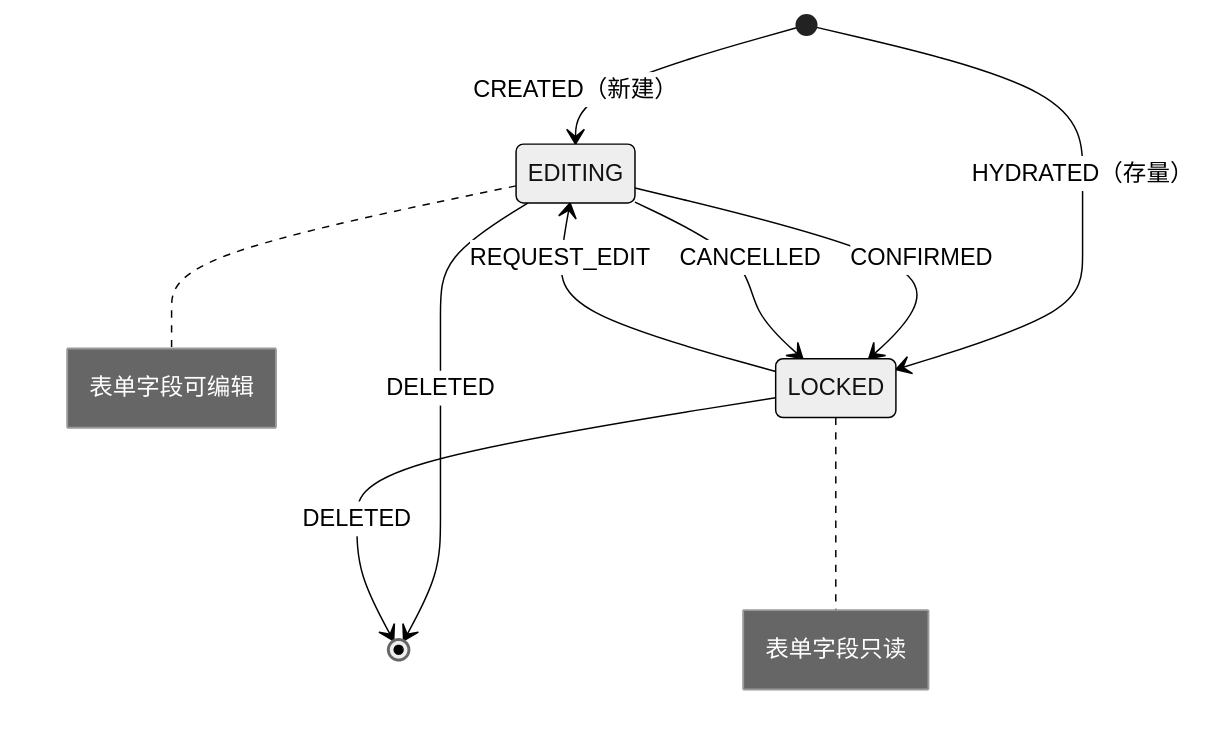
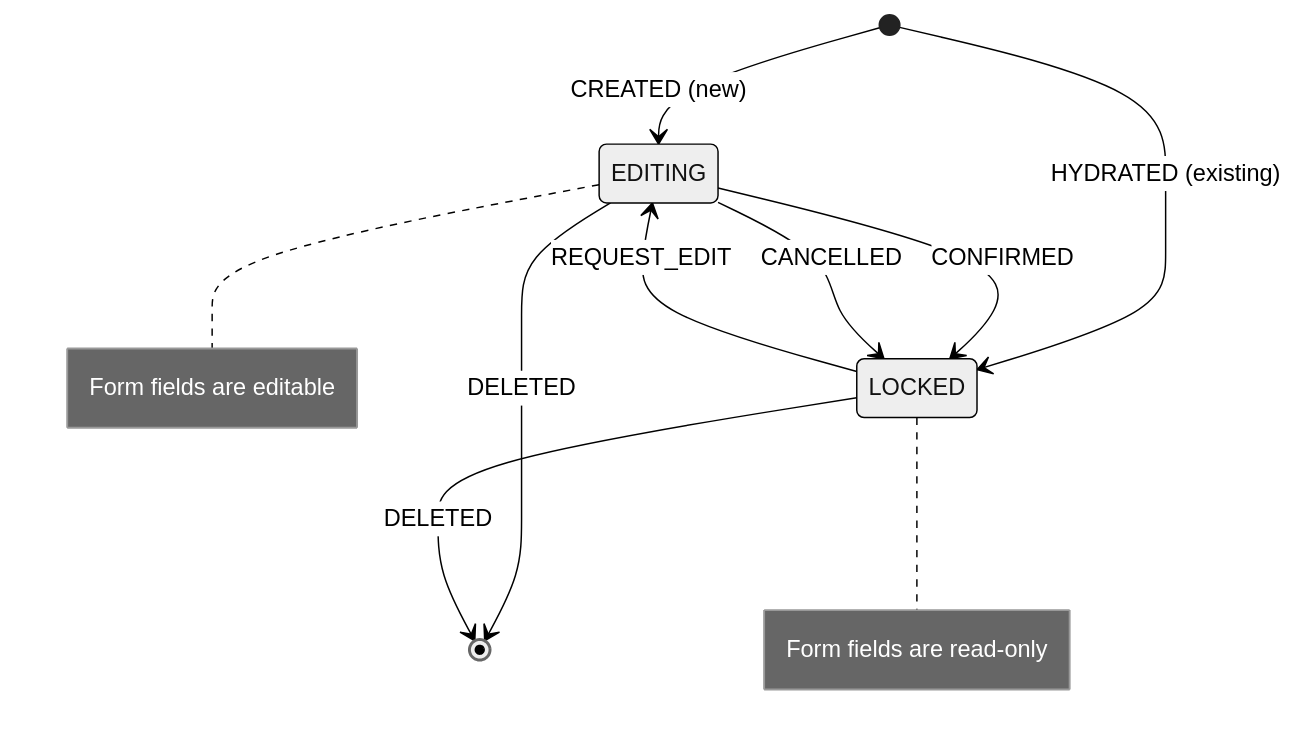
One commit to huang-xiao-jian/themis changed the second of 4 diagrams in specs/core/application.md. Above: the diagram before and after it, drawn with Mermaid (neutral theme). The commit also changed other lines of this file and 17 other files, not shown here.

````diff
--- a/specs/core/application.md
+++ b/specs/core/application.md
@@ -181,15 +183,15 @@
 ```mermaid
 stateDiagram-v2
-  [*] --> EDITING : CREATED（新建）
-  [*] --> LOCKED : HYDRATED（存量）
+  [*] --> EDITING : CREATED (new)
+  [*] --> LOCKED : HYDRATED (existing)
 
   LOCKED --> EDITING : REQUEST_EDIT
   EDITING --> LOCKED : CONFIRMED
   EDITING --> LOCKED : CANCELLED
 
   EDITING --> [*] : DELETED
   LOCKED --> [*] : DELETED
 
-  note right of LOCKED : 表单字段只读
-  note right of EDITING : 表单字段可编辑
+  note right of LOCKED : Form fields are read-only
+  note right of EDITING : Form fields are editable
 ```
````
